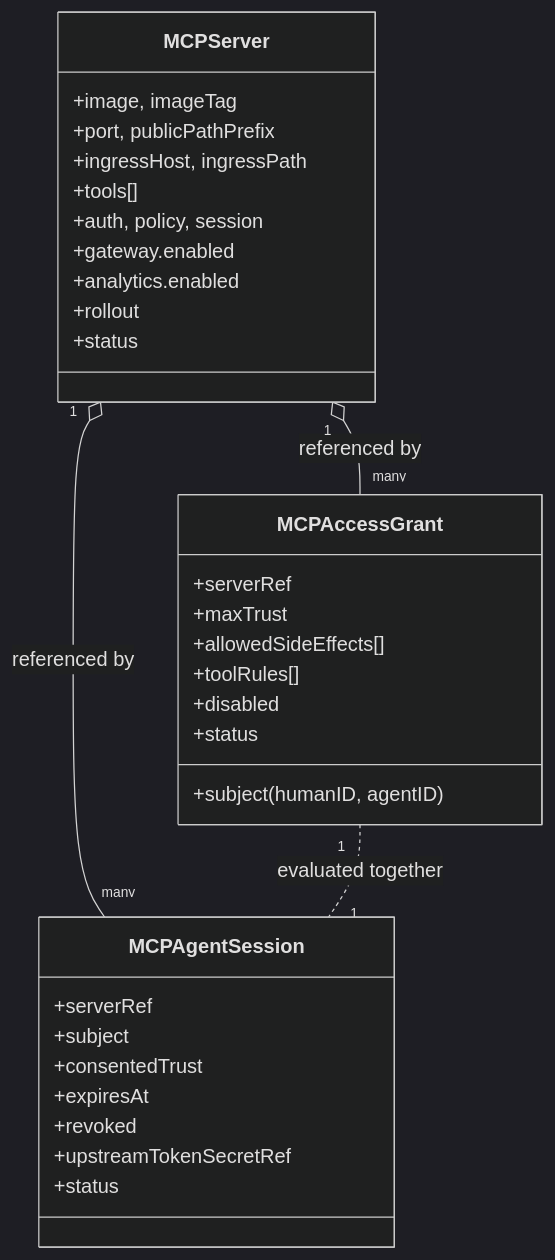
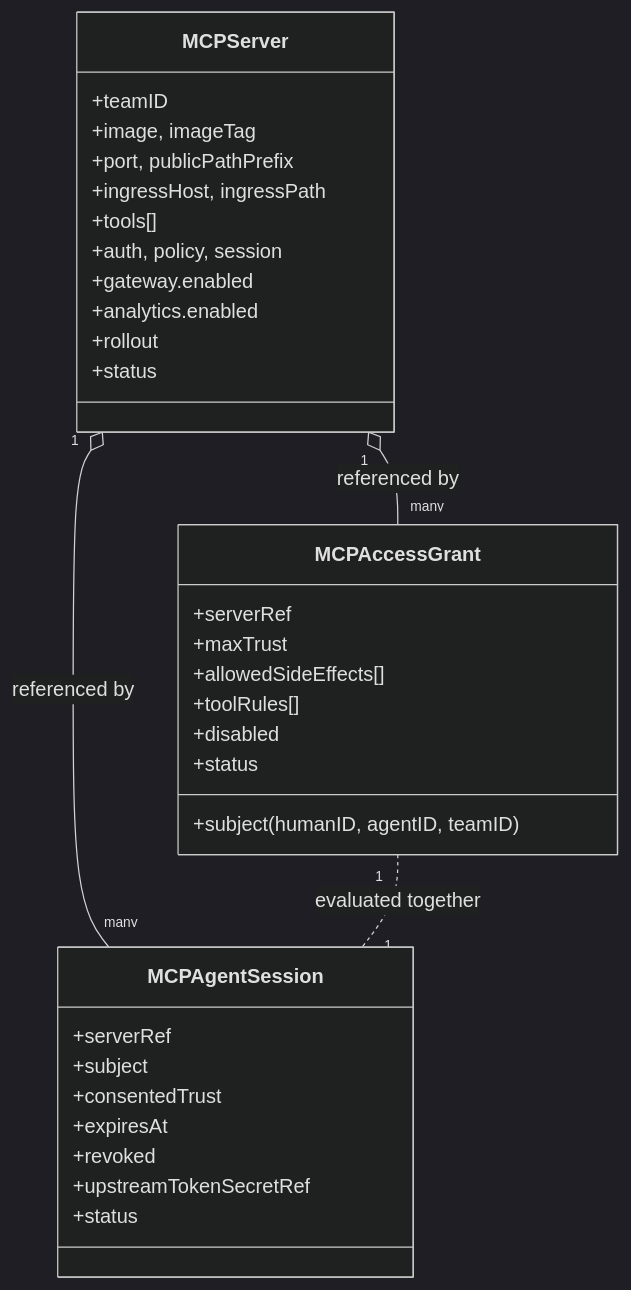
Before and after one commit to Agent-Hellboy/mcp-runtime: the first of 3 diagrams in docs/runtime.md, drawn with Mermaid (dark theme). The commit also changed other lines of this file and 57 other files, not shown here.

````diff
--- a/docs/runtime.md
+++ b/docs/runtime.md
@@ -19,35 +19,36 @@
 ```mermaid
 classDiagram
     class MCPServer {
+      +teamID
       +image, imageTag
       +port, publicPathPrefix
       +ingressHost, ingressPath
       +tools[]
       +auth, policy, session
       +gateway.enabled
       +analytics.enabled
       +rollout
       +status
     }
     class MCPAccessGrant {
       +serverRef
-      +subject (humanID, agentID)
+      +subject (humanID, agentID, teamID)
       +maxTrust
       +allowedSideEffects[]
       +toolRules[]
       +disabled
       +status
     }
     class MCPAgentSession {
       +serverRef
       +subject
       +consentedTrust
       +expiresAt
       +revoked
       +upstreamTokenSecretRef
       +status
     }
     MCPServer "1" o-- "many" MCPAccessGrant : referenced by
     MCPServer "1" o-- "many" MCPAgentSession : referenced by
     MCPAccessGrant "1" .. "1" MCPAgentSession : evaluated together
 ```
````
